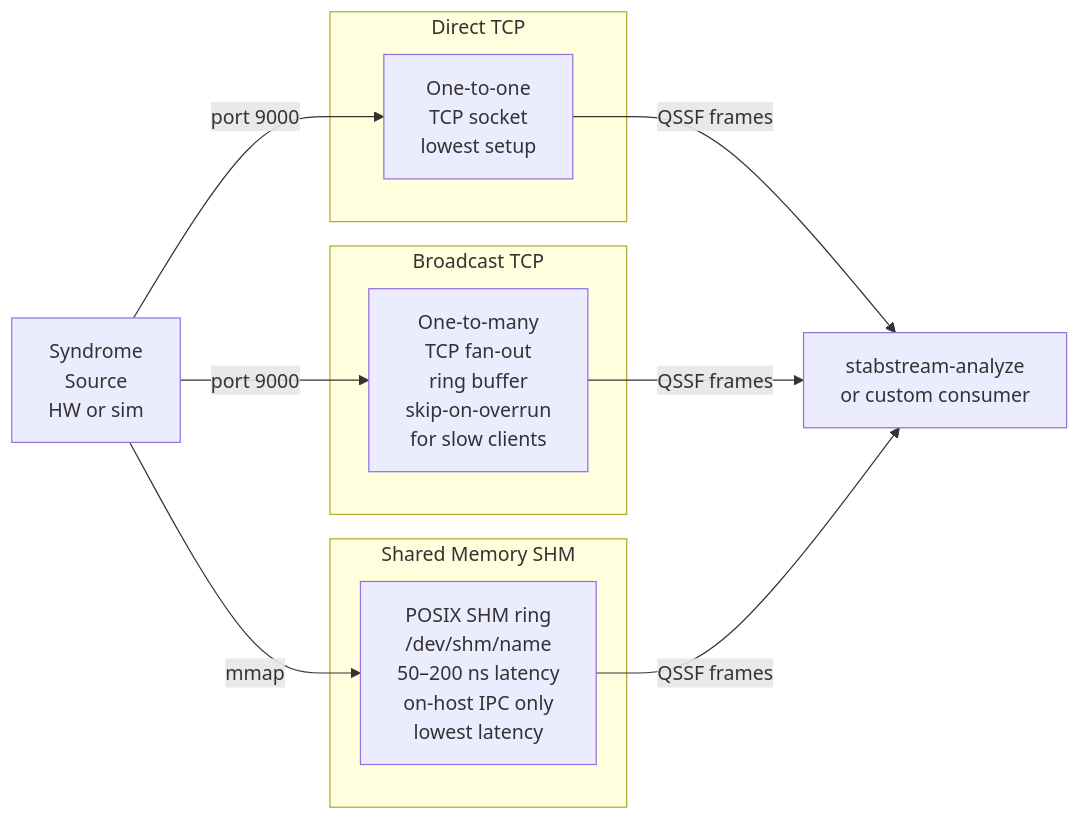
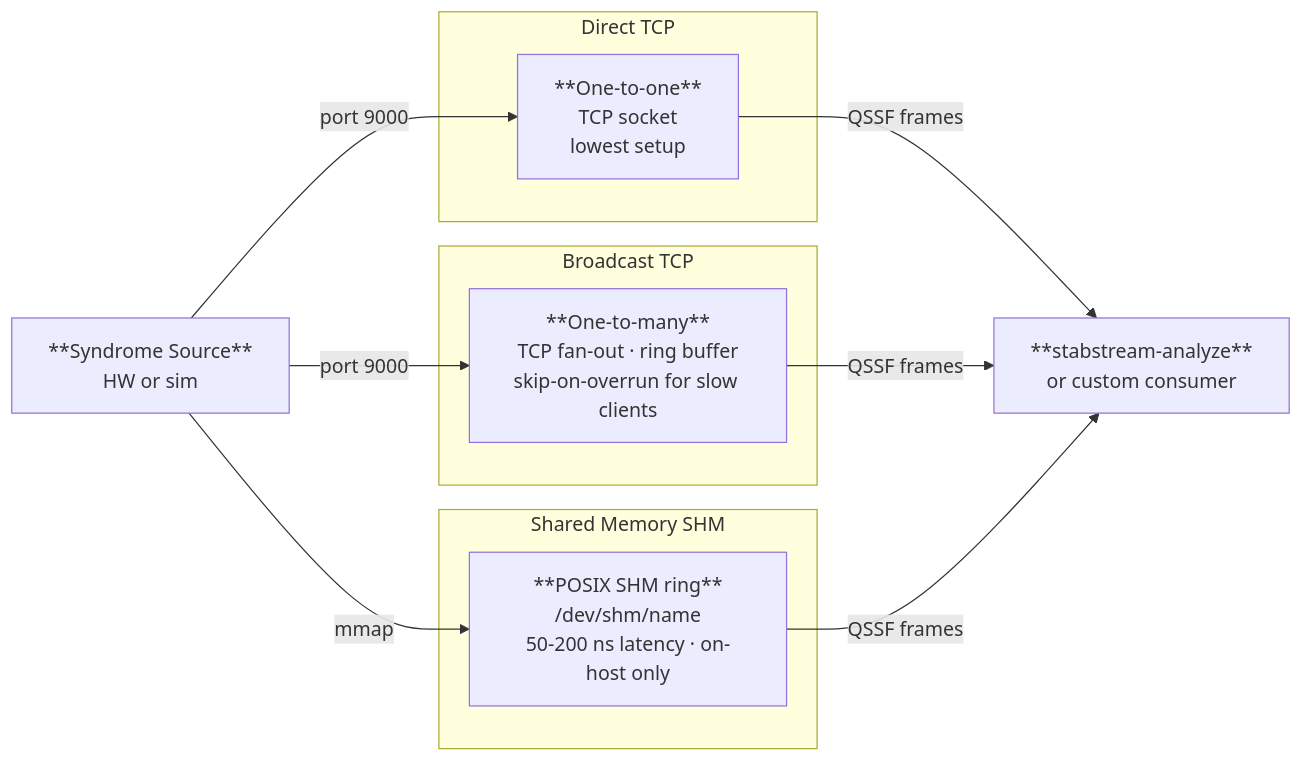
Before and after one commit to reggswilgoxson/stabstream: the fourth of 5 diagrams in ARCHITECTURE.md, drawn with Mermaid. The commit also changed other lines of this file, not shown here.

First line of the commit message:
Fix Mermaid diagrams in ARCHITECTURE.md for correct rendering

````diff
--- a/ARCHITECTURE.md
+++ b/ARCHITECTURE.md
@@ -197,22 +199,22 @@
 ```mermaid
 flowchart LR
-    SRC["Syndrome\nSource\nHW or sim"]
+    SRC["**Syndrome Source**<br/>HW or sim"]
 
-    subgraph direct ["Direct  TCP"]
-        D["One-to-one\nTCP socket\nlowest setup"]
+    subgraph direct ["Direct TCP"]
+        D["**One-to-one**<br/>TCP socket<br/>lowest setup"]
     end
 
-    subgraph broadcast ["Broadcast  TCP"]
-        B["One-to-many\nTCP fan-out\nring buffer\nskip-on-overrun\nfor slow clients"]
+    subgraph broadcast ["Broadcast TCP"]
+        B["**One-to-many**<br/>TCP fan-out · ring buffer<br/>skip-on-overrun for slow clients"]
     end
 
-    subgraph shm ["Shared Memory  SHM"]
-        S["POSIX SHM ring\n/dev/shm/name\n50–200 ns latency\non-host IPC only\nlowest latency"]
+    subgraph shm ["Shared Memory SHM"]
+        S["**POSIX SHM ring**<br/>/dev/shm/name<br/>50-200 ns latency · on-host only"]
     end
 
-    ANALYZE["stabstream-analyze\nor custom consumer"]
+    ANALYZE["**stabstream-analyze**<br/>or custom consumer"]
 
     SRC -->|port 9000| D -->|QSSF frames| ANALYZE
     SRC -->|port 9000| B -->|QSSF frames| ANALYZE
     SRC -->|mmap| S -->|QSSF frames| ANALYZE
 ```
````
